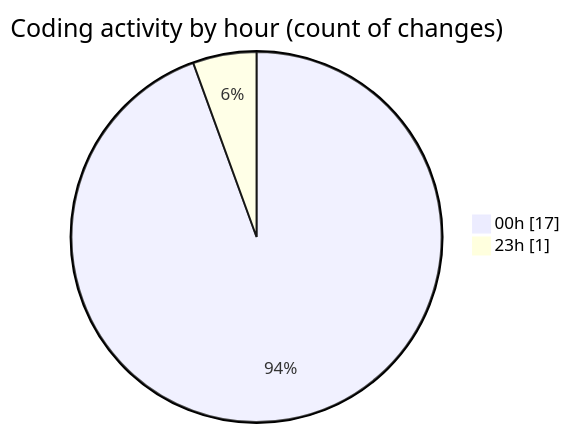
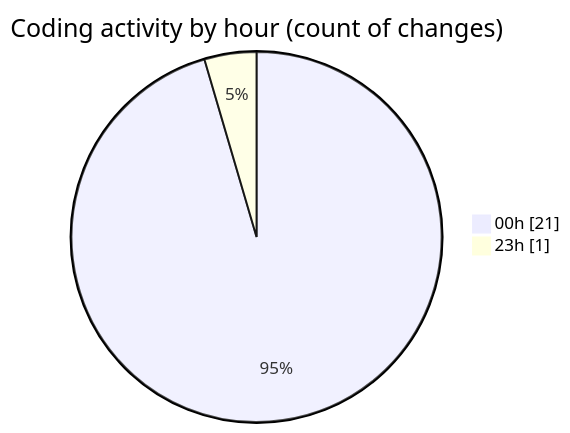
The second of 2 diagrams in 2026-03-15/nxtqube_webapp/README.md (nxtqubesakshisongat/code-tracking), drawn with Mermaid before and after one commit. The commit also changed other lines of this file and 1 other file, not shown here.

````diff
--- a/2026-03-15/nxtqube_webapp/README.md
+++ b/2026-03-15/nxtqube_webapp/README.md
@@ -28,6 +28,6 @@
 ```mermaid
 pie showData
 title Coding activity by hour (count of changes)
-"00h" : 17
+"00h" : 21
 "23h" : 1
 ```
````
